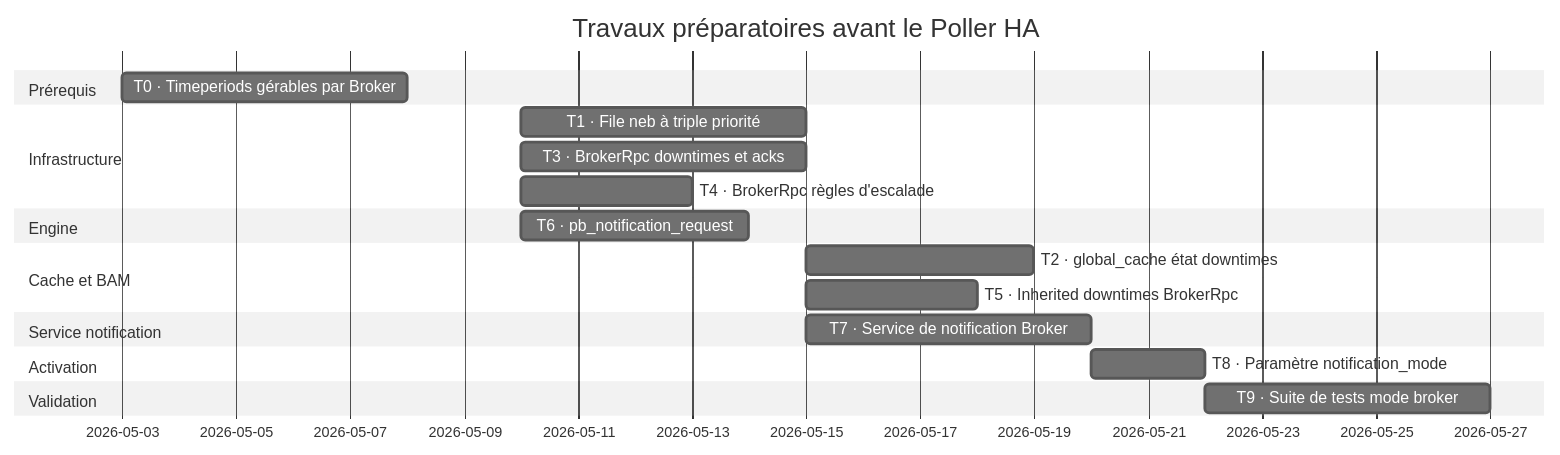
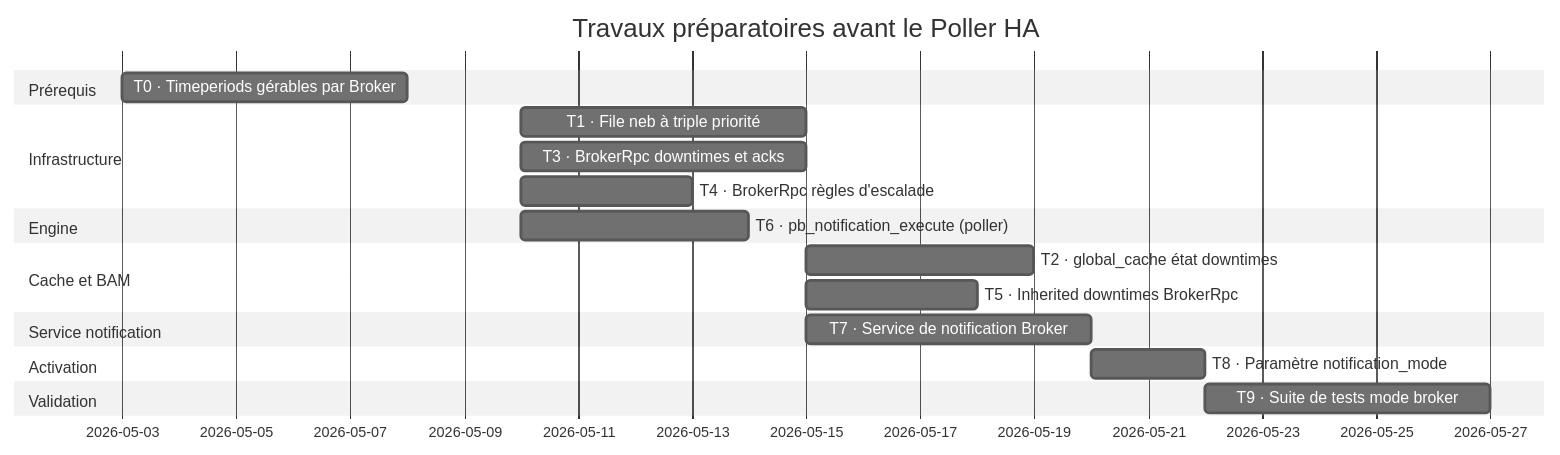
Before and after one commit to centreon/centreon-collect: diagram 39 of 41 in doc/nego-engine-broker-fr.md, drawn with Mermaid (neutral theme). The commit also changed other lines of this file and 1 other file, not shown here.

Commit message:
chore(doc): nego-engine-broker updated with notification

````diff
--- a/doc/nego-engine-broker-fr.md
+++ b/doc/nego-engine-broker-fr.md
@@ -3438,29 +3529,29 @@
 ```mermaid
 gantt
     title Travaux préparatoires avant le Poller HA
     dateFormat  YYYY-MM-DD
 
     section Prérequis
     T0 · Timeperiods gérables par Broker  :t0, 2026-05-03, 5d
 
     section Infrastructure
     T1 · File neb à triple priorité       :t1, 2026-05-10, 5d
     T3 · BrokerRpc downtimes et acks      :t3, 2026-05-10, 5d
     T4 · BrokerRpc règles d'escalade      :t4, 2026-05-10, 3d
 
     section Engine
-    T6 · pb_notification_request          :t6, 2026-05-10, 4d
+    T6 · pb_notification_execute (poller)  :t6, 2026-05-10, 4d
 
     section Cache et BAM
     T2 · global_cache état downtimes      :t2, after t1 t3, 4d
     T5 · Inherited downtimes BrokerRpc    :t5, after t3, 3d
 
     section Service notification
     T7 · Service de notification Broker   :t7, after t0 t3 t4, 5d
 
     section Activation
     T8 · Paramètre notification_mode      :t8, after t6 t7, 2d
 
     section Validation
     T9 · Suite de tests mode broker       :t9, after t8 t2 t5, 5d
 ```
````
